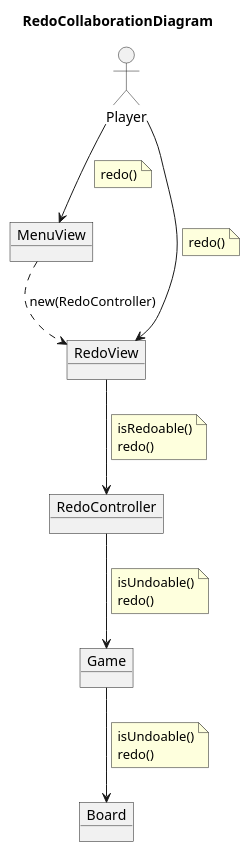
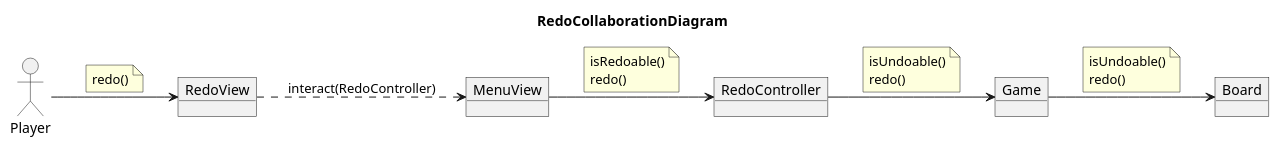
One commit to Master-Desarrollo-20-21/patrones-diseno---practica-final---juego-de-las-damas-fraylopez changed the diagram in docs/src/analysis/use-cases/redo-colab.plantuml. Above: the diagram before and after it, drawn with PlantUML. The commit also changed 19 other files, not shown here.

```diff
--- a/docs/src/analysis/use-cases/redo-colab.plantuml
+++ b/docs/src/analysis/use-cases/redo-colab.plantuml
@@ -1,43 +1,38 @@
 @startuml RedoCollaborationDiagram
 title RedoCollaborationDiagram
 
 allow_mixing
-' left to right direction
+left to right direction
 
 actor Player
 object MenuView
 object RedoView
 object RedoController
 object Game
 object Board
 
-Player --> MenuView
-note on link
-    redo()
-end note
-MenuView ..> RedoView : new(RedoController)
-
 Player --> RedoView
 note on link
     redo()
 end note
+RedoView ..> MenuView : interact(RedoController)
 
-RedoView --> RedoController
+MenuView --> RedoController
 note on link
     isRedoable()
     redo()
 end note
 
 RedoController --> Game
 note on link
     isUndoable()
     redo()
 end note
 
 Game --> Board
 note on link
     isUndoable()
     redo()
 end note
 
 @enduml
```
